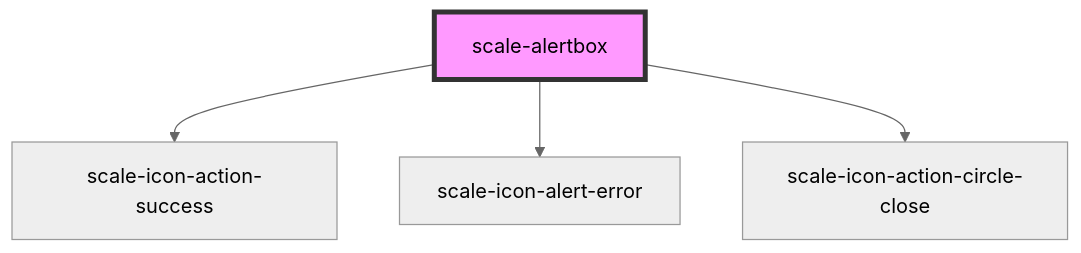
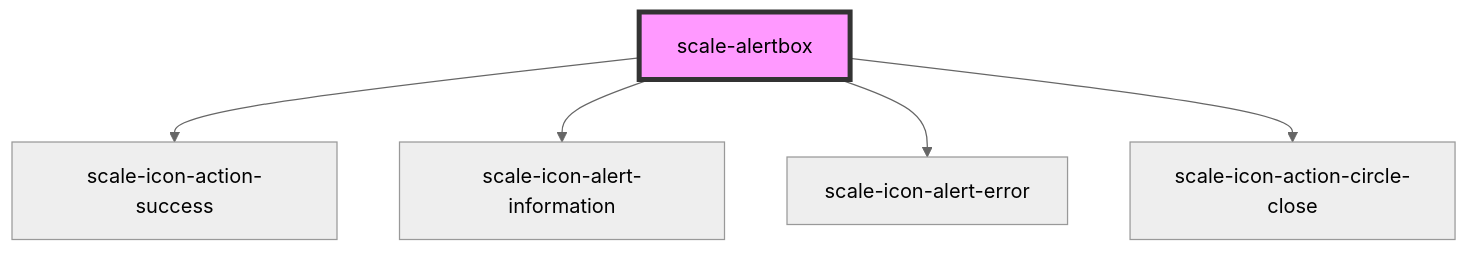
One commit to telekom/scale changed the diagram in packages/components/src/components/alertbox/readme.md. Above: the diagram before and after it, drawn with Mermaid (neutral theme). The commit also changed other lines of this file and 7 other files, not shown here.

````diff
--- a/packages/components/src/components/alertbox/readme.md
+++ b/packages/components/src/components/alertbox/readme.md
@@ -38,7 +50,8 @@
 ```mermaid
 graph TD;
   scale-alertbox --> scale-icon-action-success
+  scale-alertbox --> scale-icon-alert-information
   scale-alertbox --> scale-icon-alert-error
   scale-alertbox --> scale-icon-action-circle-close
   style scale-alertbox fill:#f9f,stroke:#333,stroke-width:4px
 ```
````
